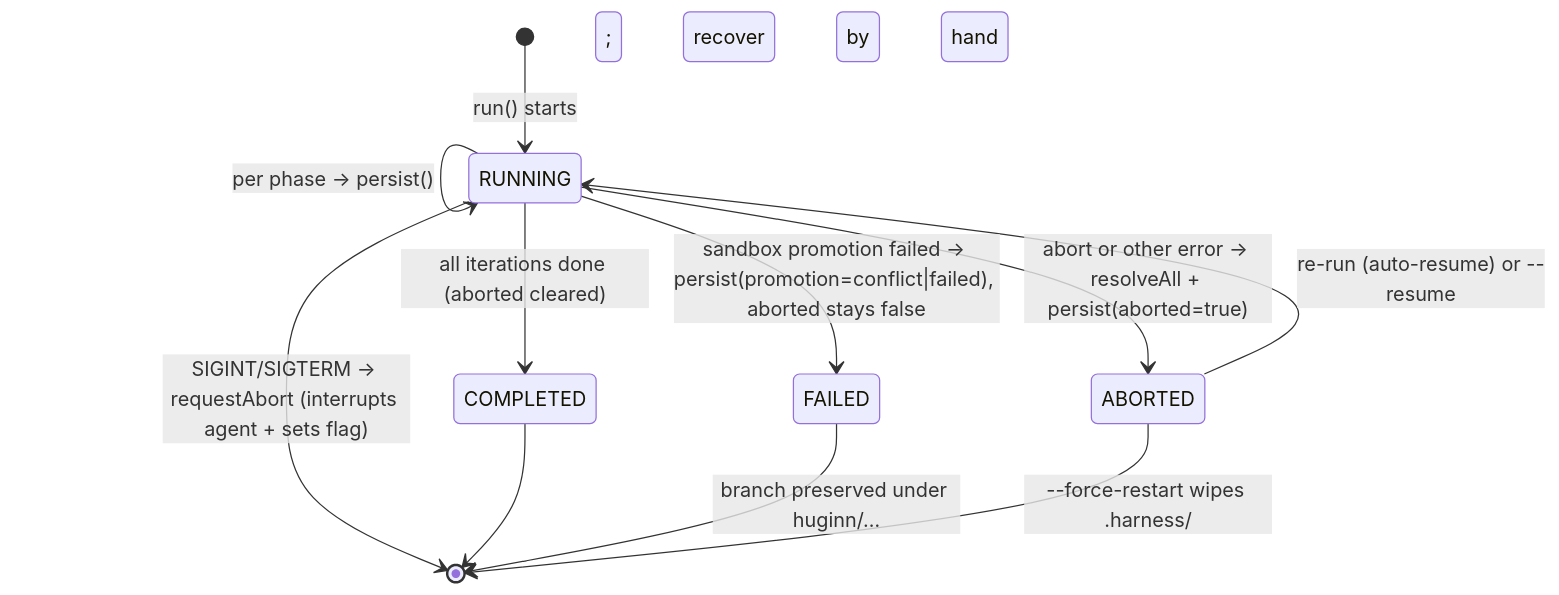
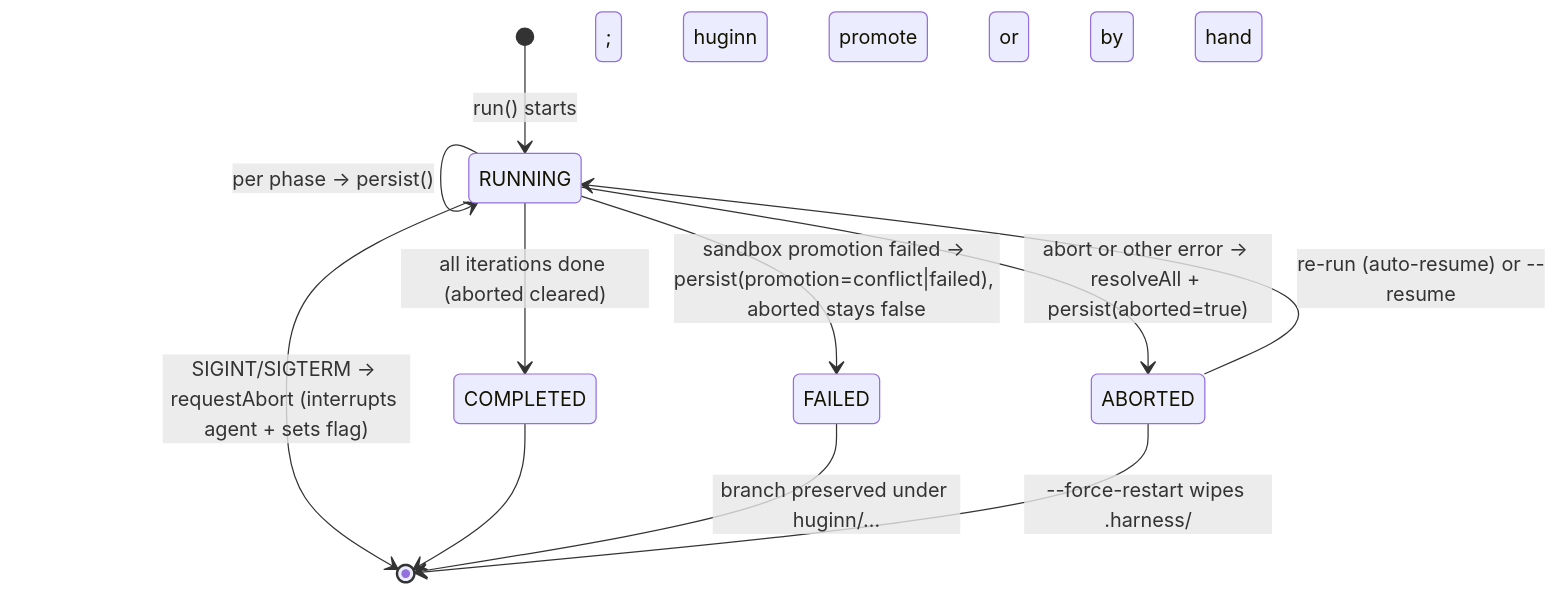
The sixth of 26 diagrams in DESIGN.md (dahch/huginn), drawn with Mermaid before and after one commit. The commit also changed other lines of this file and 11 other files, not shown here.

````diff
--- a/DESIGN.md
+++ b/DESIGN.md
@@ -495,13 +495,13 @@
 ```mermaid
 stateDiagram-v2
     [*] --> RUNNING: run() starts
     RUNNING --> RUNNING: per phase → persist()
     RUNNING --> COMPLETED: all iterations done (aborted cleared)
     RUNNING --> FAILED: sandbox promotion failed → persist(promotion=conflict|failed), aborted stays false
     RUNNING --> ABORTED: abort or other error → resolveAll + persist(aborted=true)
     RUNNING --> [*]: SIGINT/SIGTERM → requestAbort (interrupts agent + sets flag)
     COMPLETED --> [*]
-    FAILED --> [*]: branch preserved under huginn/… ; recover by hand
+    FAILED --> [*]: branch preserved under huginn/… ; huginn promote or by hand
     ABORTED --> RUNNING: re-run (auto-resume) or --resume
     ABORTED --> [*]: --force-restart wipes .harness/
 ```
````
